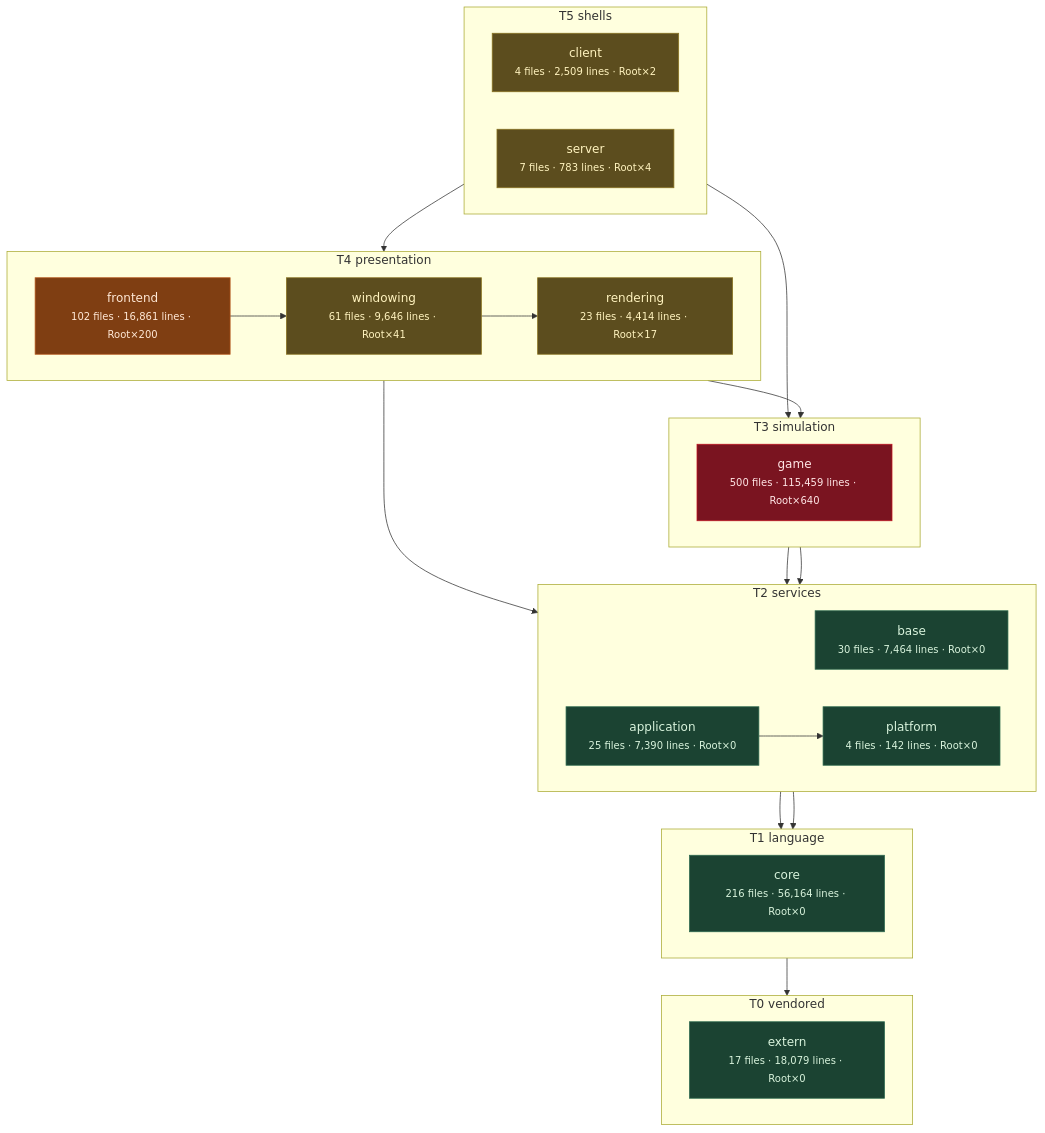
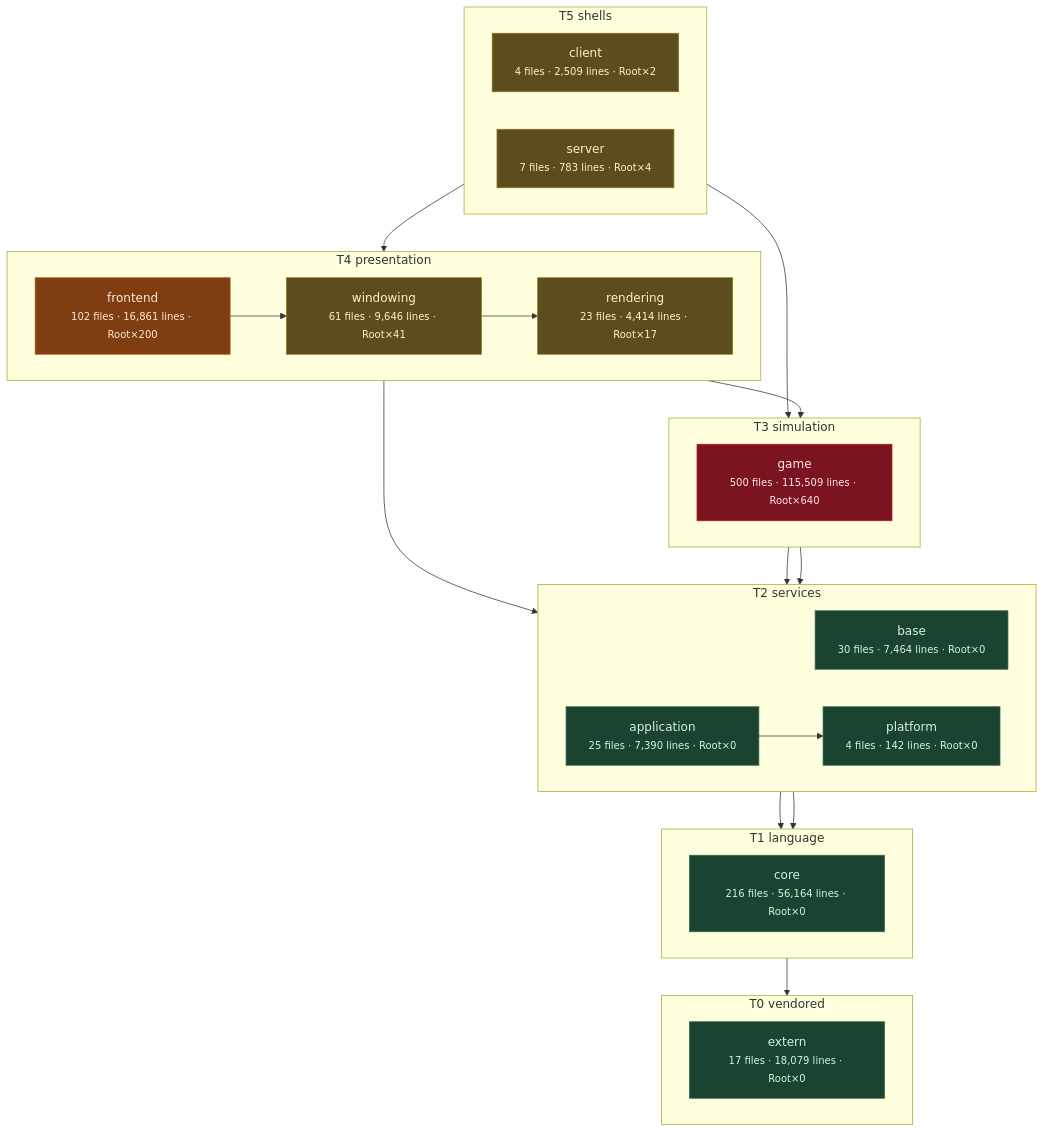
Before and after one commit to apnex/OpenStarbound: the third of 11 diagrams in docs/architecture/system-boundaries.md, drawn with Mermaid. The commit also changed other lines of this file and 2 other files, not shown here.

````diff
--- a/docs/architecture/system-boundaries.md
+++ b/docs/architecture/system-boundaries.md
@@ -270,52 +270,52 @@
 ```mermaid
 flowchart TD
   subgraph T0["T0 vendored"]
     direction LR
     extern["extern<br/><small>17 files · 18,079 lines · Root×0</small>"]
   end
   subgraph T1["T1 language"]
     direction LR
     core["core<br/><small>216 files · 56,164 lines · Root×0</small>"]
   end
   subgraph T2["T2 services"]
     direction LR
     base["base<br/><small>30 files · 7,464 lines · Root×0</small>"]
     platform["platform<br/><small>4 files · 142 lines · Root×0</small>"]
     application["application<br/><small>25 files · 7,390 lines · Root×0</small>"]
   end
   subgraph T3["T3 simulation"]
     direction LR
-    game["game<br/><small>500 files · 115,459 lines · Root×640</small>"]
+    game["game<br/><small>500 files · 115,509 lines · Root×640</small>"]
   end
   subgraph T4["T4 presentation"]
     direction LR
     rendering["rendering<br/><small>23 files · 4,414 lines · Root×17</small>"]
     windowing["windowing<br/><small>61 files · 9,646 lines · Root×41</small>"]
     frontend["frontend<br/><small>102 files · 16,861 lines · Root×200</small>"]
   end
   subgraph T5["T5 shells"]
     direction LR
     client["client<br/><small>4 files · 2,509 lines · Root×2</small>"]
     server["server<br/><small>7 files · 783 lines · Root×4</small>"]
   end
   core --> extern
   base --> core
   platform --> core
   application --> platform
   game --> base
   game --> platform
   rendering --> application
   rendering --> game
   windowing --> rendering
   frontend --> windowing
   client --> frontend
   server --> game
   classDef clean fill:#1b4332,stroke:#2d6a4f,color:#d8f3dc
   classDef warm  fill:#5c4d1e,stroke:#8a7420,color:#fff3bf
   classDef hot   fill:#7f3e12,stroke:#b5561b,color:#ffe8d6
   classDef blaze fill:#7a1420,stroke:#c1121f,color:#ffe5e5
   class extern,core,base,platform,application clean
   class rendering,windowing,client,server warm
   class frontend hot
   class game blaze
 ```
````
